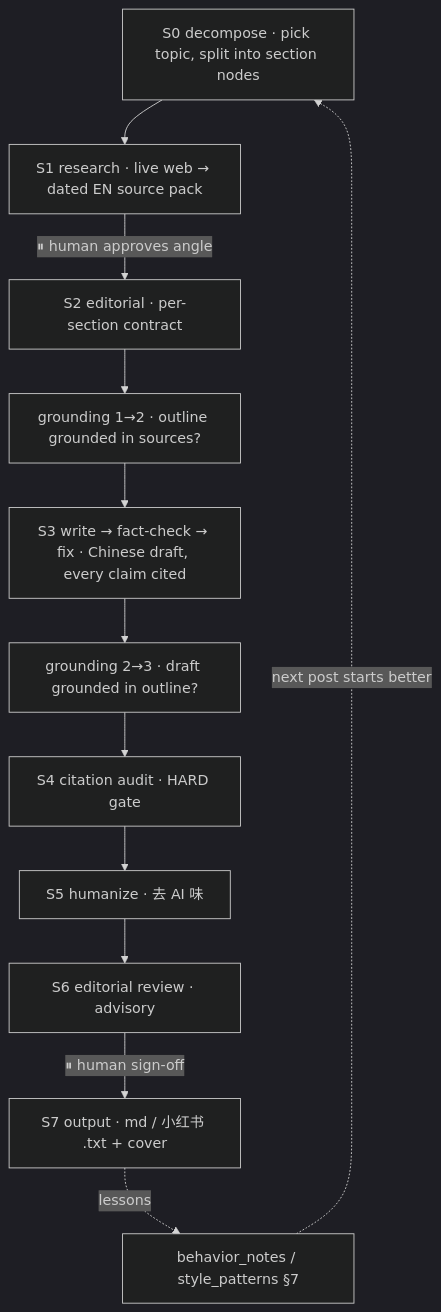
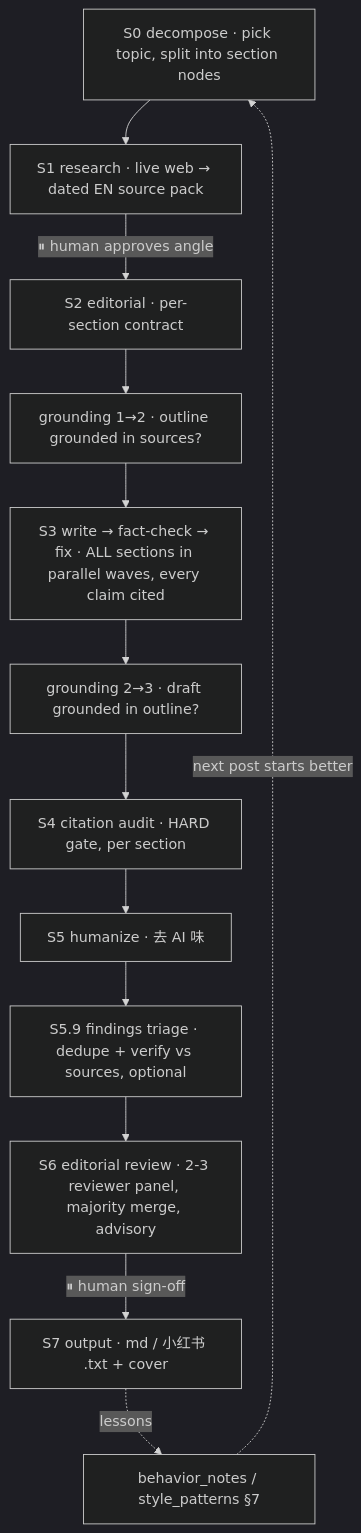
One commit to hy2272/ai_blog_writer changed the diagram in README.md. Above: the diagram before and after it, drawn with Mermaid (dark theme). The commit also changed other lines of this file and 15 other files, not shown here.

First line of the commit message:
feat: coordination layer from agent-fleet v2 (journal, S3 fan-out, triage + review panel)

````diff
--- a/README.md
+++ b/README.md
@@ -70,14 +70,15 @@
 ```mermaid
 flowchart TD
   S0[S0 decompose · pick topic, split into section nodes] --> S1[S1 research · live web → dated EN source pack]
   S1 -->|⏸ human approves angle| S2[S2 editorial · per-section contract]
   S2 --> G1[grounding 1→2 · outline grounded in sources?]
-  G1 --> S3[S3 write → fact-check → fix · Chinese draft, every claim cited]
+  G1 --> S3[S3 write → fact-check → fix · ALL sections in parallel waves, every claim cited]
   S3 --> G2[grounding 2→3 · draft grounded in outline?]
-  G2 --> S4[S4 citation audit · HARD gate]
+  G2 --> S4[S4 citation audit · HARD gate, per section]
   S4 --> S5[S5 humanize · 去 AI 味]
-  S5 --> S6[S6 editorial review · advisory]
+  S5 --> S59[S5.9 findings triage · dedupe + verify vs sources, optional]
+  S59 --> S6[S6 editorial review · 2-3 reviewer panel, majority merge, advisory]
   S6 -->|⏸ human sign-off| S7[S7 output · md / 小红书 .txt + cover]
   S7 -.lessons.-> NOTE[behavior_notes / style_patterns §7]
   NOTE -.next post starts better.-> S0
 ```
````
